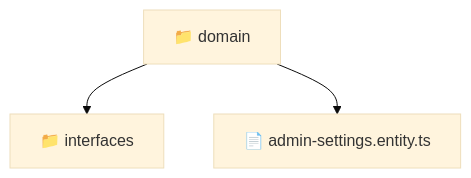
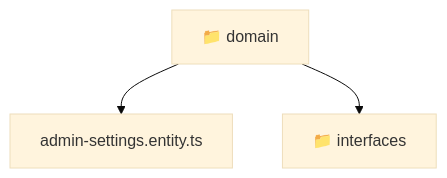
Before and after one commit to beginwebdev2002/fullstack-mavluda: the diagram in backend/src/modules/admin-settings/domain/README.md, drawn with Mermaid (base theme). The commit also changed other lines of this file and 167 other files, not shown here.

````diff
--- a/backend/src/modules/admin-settings/domain/README.md
+++ b/backend/src/modules/admin-settings/domain/README.md
@@ -9,6 +9,8 @@
 ```mermaid
 graph TD
-  Root["📁 domain"]
-  Root --> interfaces["📁 interfaces"]
-  Root --> admin_settings_entity_ts["📄 admin-settings.entity.ts"]
+  Root_domain["📁 domain"]
+  f_admin_settings_entity_ts["admin-settings.entity.ts"]
+  Root_domain --> f_admin_settings_entity_ts
+  f_interfaces["📁 interfaces"]
+  Root_domain --> f_interfaces
 ```
````
